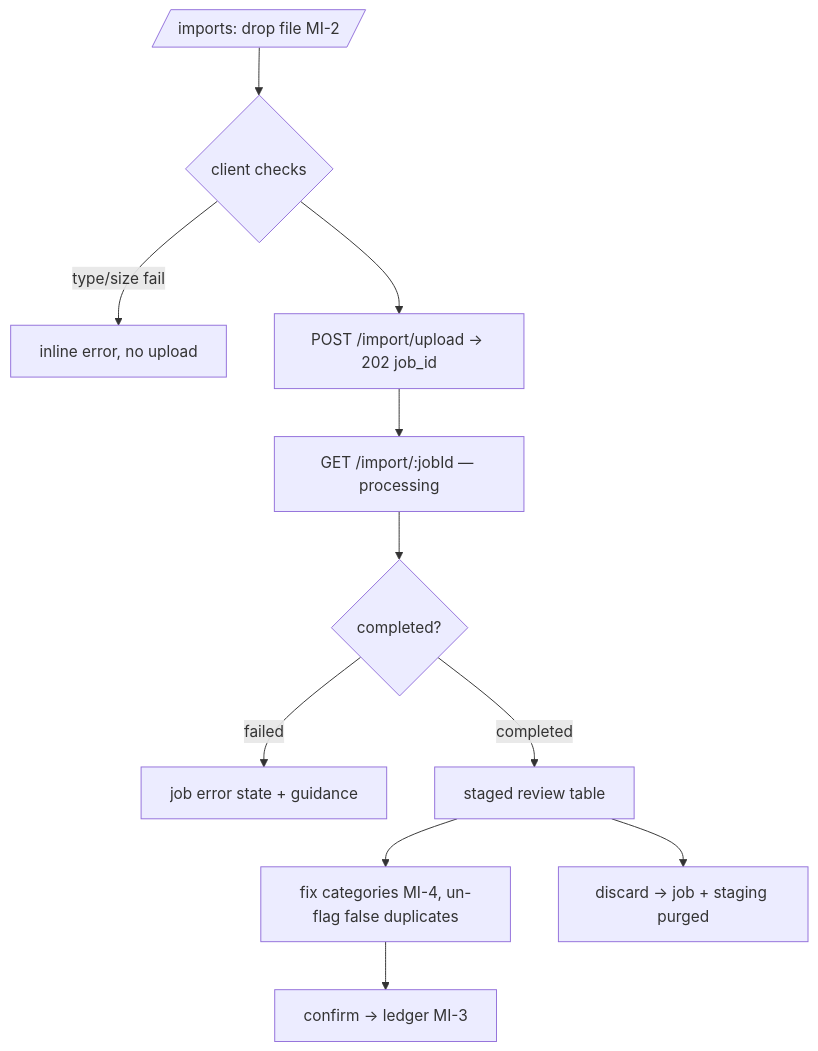
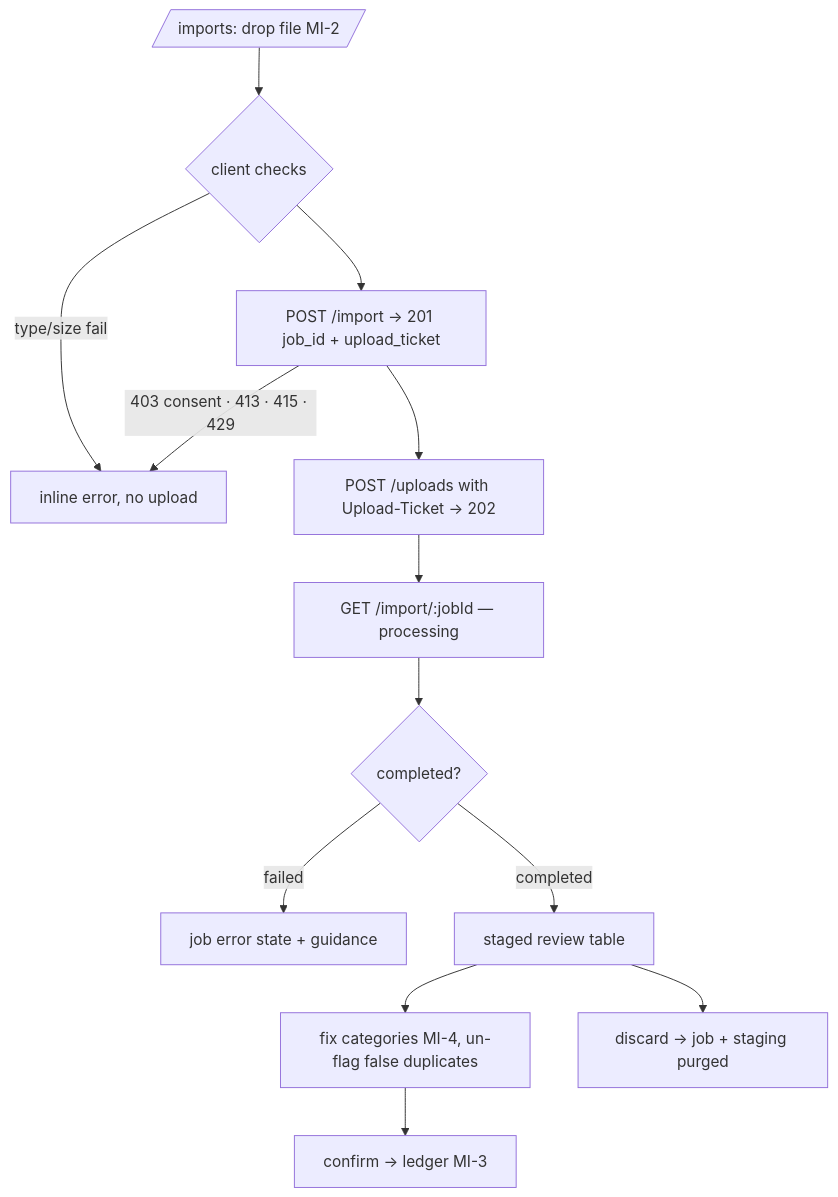
One commit to cuesoftinc/expendit changed the diagram in docs/flows/import.md. Above: the diagram before and after it, drawn with Mermaid. The commit also changed other lines of this file and 289 other files, not shown here.

````diff
--- a/docs/flows/import.md
+++ b/docs/flows/import.md
@@ -11,13 +13,15 @@
 ```mermaid
 flowchart TD
     UP[/imports: drop file MI-2/] --> VAL{client checks}
     VAL -->|type/size fail| E0[inline error, no upload]
-    VAL --> POST[POST /import/upload → 202 job_id]
-    POST --> POLL[GET /import/:jobId — processing]
+    VAL --> CREATE[POST /import → 201 job_id + upload_ticket]
+    CREATE -->|403 consent · 413 · 415 · 429| E0
+    CREATE --> SEND[POST /uploads with Upload-Ticket → 202]
+    SEND --> POLL[GET /import/:jobId — processing]
     POLL --> DONE{completed?}
     DONE -->|failed| FAIL[job error state + guidance]
     DONE -->|completed| REVIEW[staged review table]
     REVIEW --> FIX[fix categories MI-4, un-flag false duplicates]
     FIX --> CONFIRM[confirm → ledger MI-3]
     REVIEW --> DISCARD[discard → job + staging purged]
 ```
````
